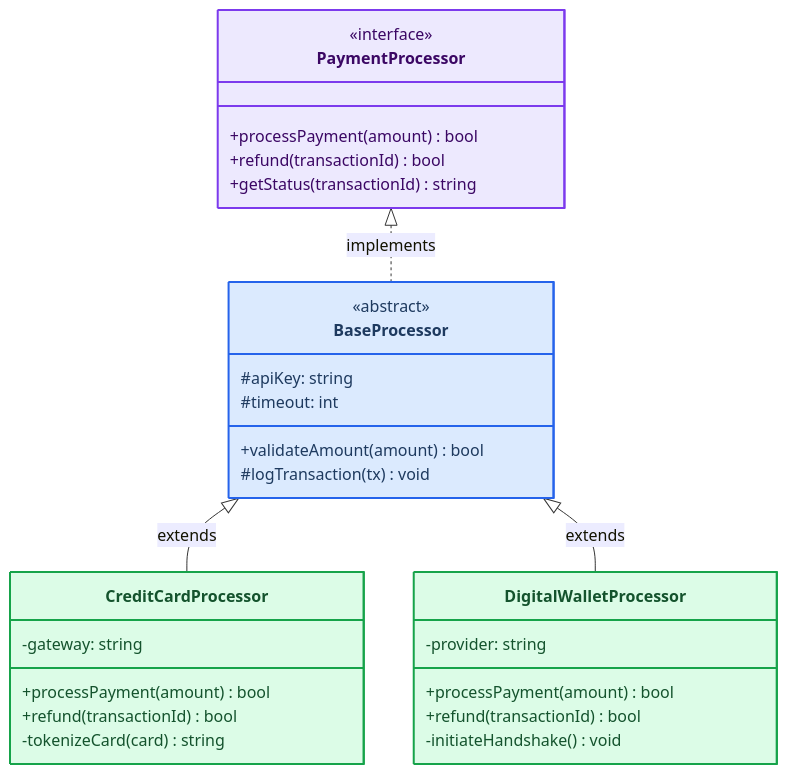
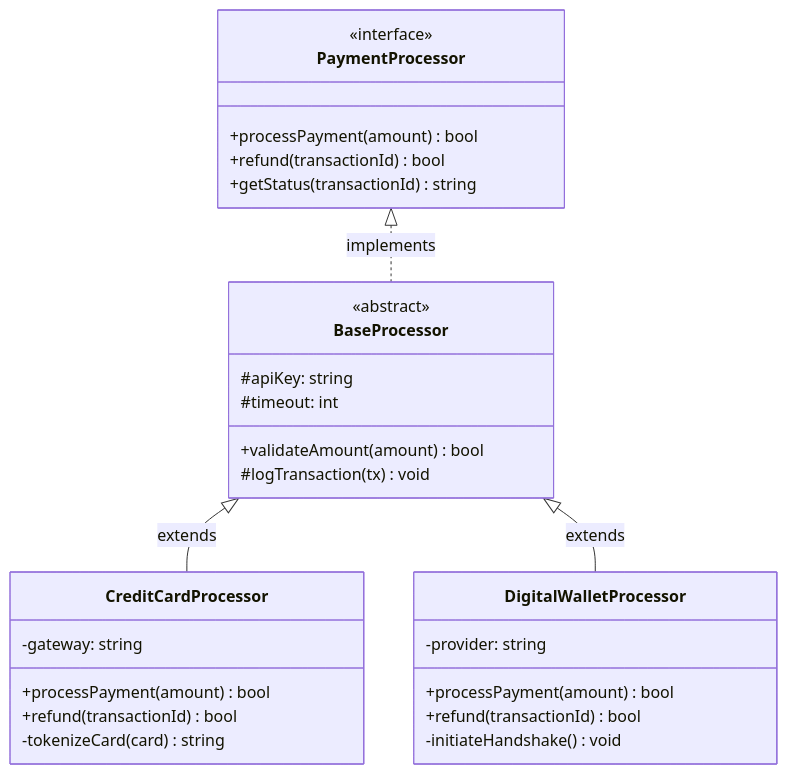
One commit to AlterLab-IEU/AlterLab-Academic-Skills changed the first of 3 diagrams in skills/visualization/alterlab-mermaid/references/diagrams_class.md. Above: the diagram before and after it, drawn with Mermaid. The commit also changed other lines of this file and 819 other files, not shown here.

````diff
--- a/skills/visualization/alterlab-mermaid/references/diagrams_class.md
+++ b/skills/visualization/alterlab-mermaid/references/diagrams_class.md
@@ -15,43 +15,46 @@
 ```mermaid
 classDiagram
     accTitle: Payment Processing Class Hierarchy
     accDescr: Interface and abstract base class with two concrete implementations for credit card and digital wallet payment processing
 
     class PaymentProcessor {
         <<interface>>
         +processPayment(amount) bool
         +refund(transactionId) bool
         +getStatus(transactionId) string
     }
 
     class BaseProcessor {
         <<abstract>>
         #apiKey: string
         #timeout: int
         +validateAmount(amount) bool
         #logTransaction(tx) void
     }
 
     class CreditCardProcessor {
         -gateway: string
         +processPayment(amount) bool
         +refund(transactionId) bool
         -tokenizeCard(card) string
     }
 
     class DigitalWalletProcessor {
         -provider: string
         +processPayment(amount) bool
         +refund(transactionId) bool
         -initiateHandshake() void
     }
 
     PaymentProcessor <|.. BaseProcessor : implements
     BaseProcessor <|-- CreditCardProcessor : extends
     BaseProcessor <|-- DigitalWalletProcessor : extends
 
-    style PaymentProcessor fill:#ede9fe,stroke:#7c3aed,stroke-width:2px,color:#3b0764
-    style BaseProcessor fill:#dbeafe,stroke:#2563eb,stroke-width:2px,color:#1e3a5f
-    style CreditCardProcessor fill:#dcfce7,stroke:#16a34a,stroke-width:2px,color:#14532d
-    style DigitalWalletProcessor fill:#dcfce7,stroke:#16a34a,stroke-width:2px,color:#14532d
+    classDef iface fill:#ede9fe,stroke:#7c3aed,stroke-width:2px,color:#3b0764
+    classDef base fill:#dbeafe,stroke:#2563eb,stroke-width:2px,color:#1e3a5f
+    classDef impl fill:#dcfce7,stroke:#16a34a,stroke-width:2px,color:#14532d
+
+    cssClass "PaymentProcessor" iface
+    cssClass "BaseProcessor" base
+    cssClass "CreditCardProcessor,DigitalWalletProcessor" impl
 ```
````
